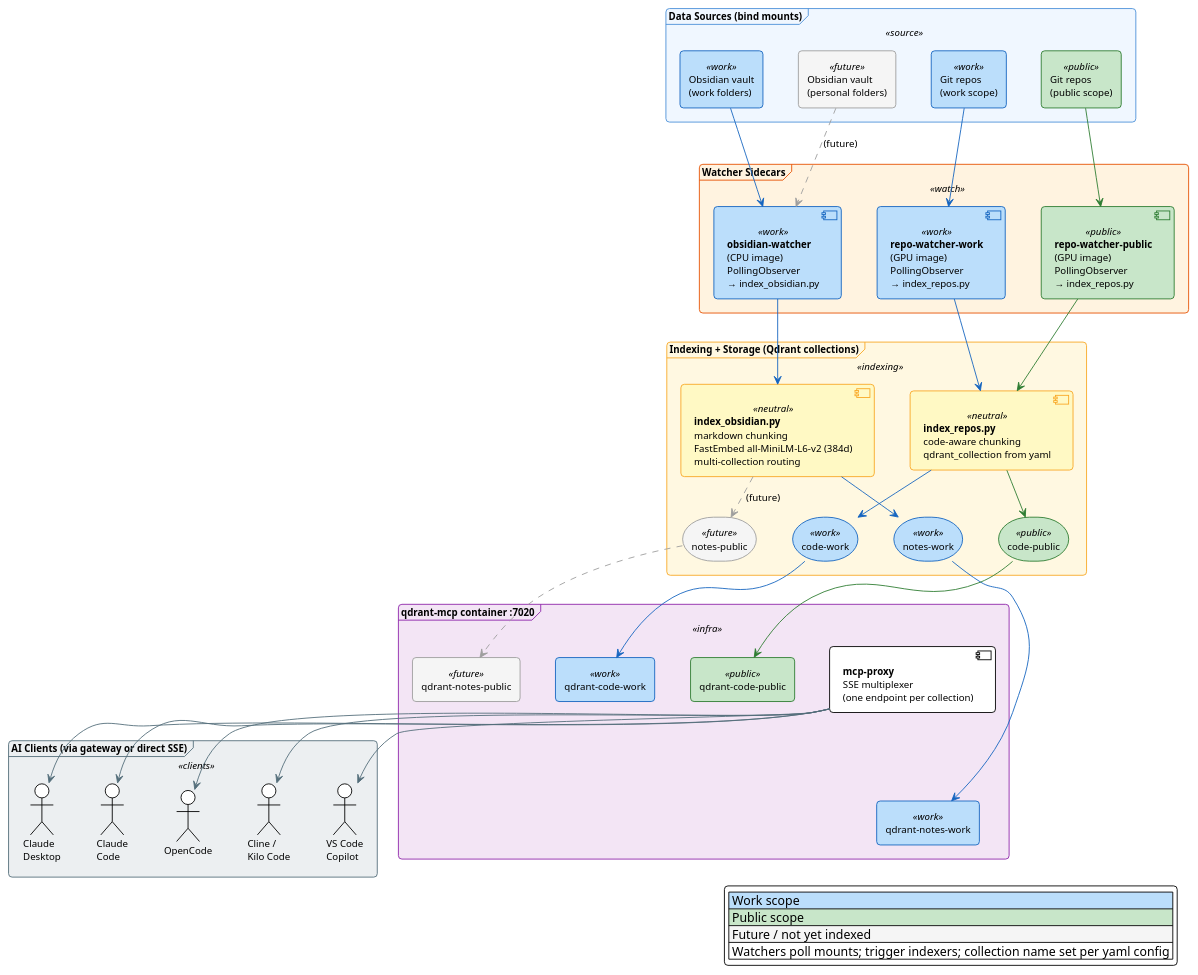
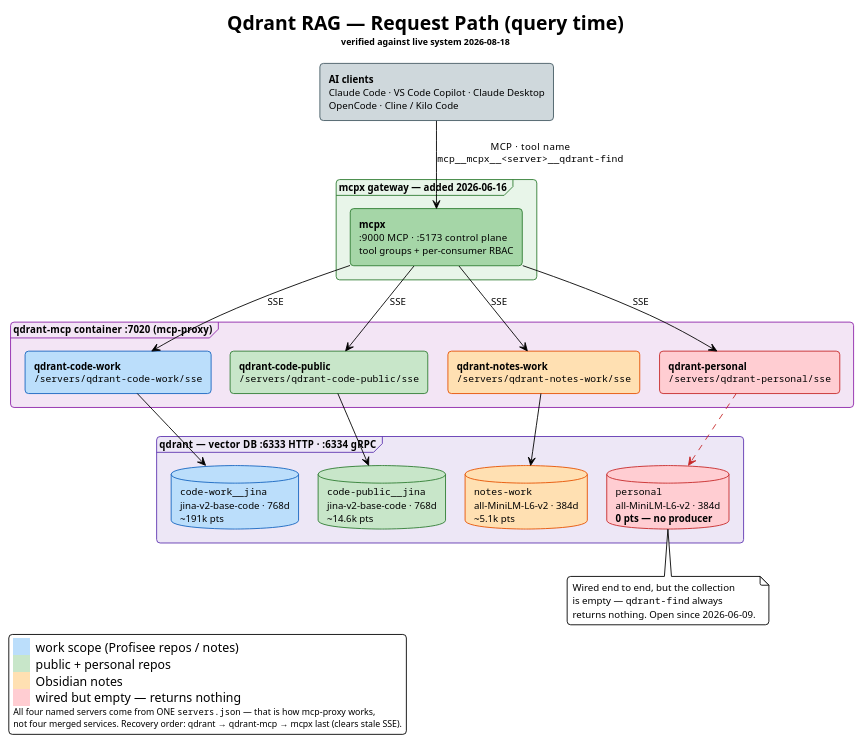
The first of 2 diagrams in mcps/qdrant-mcp/README.md (bobthearsonist/ai-infrastructure), drawn with PlantUML before and after one commit. The commit also changed other lines of this file, not shown here.

````diff
--- a/mcps/qdrant-mcp/README.md
+++ b/mcps/qdrant-mcp/README.md
@@ -7,160 +15,106 @@
 ```plantuml
-@startuml
+@startuml qdrant-request-path
 !theme plain
 skinparam backgroundColor white
 skinparam roundCorner 8
+skinparam defaultFontName "Segoe UI"
 skinparam defaultFontSize 11
-skinparam defaultFontName "Segoe UI"
 skinparam shadowing false
 skinparam packageStyle frame
-skinparam nodesep 40
-skinparam ranksep 30
+skinparam nodesep 22
+skinparam ranksep 42
+hide stereotype
 
-' -- Color palette: scope-based (work / public) + neutral for shared infra --
+title Qdrant RAG — Request Path (query time)\n<size:10>verified against live system 2026-08-18</size>
+
 skinparam package {
-  BackgroundColor<<source>> #F0F7FF
-  BorderColor<<source>> #4A90D9
-  BackgroundColor<<watch>> #FFF3E0
-  BorderColor<<watch>> #E65100
-  BackgroundColor<<indexing>> #FFF8E1
-  BorderColor<<indexing>> #F9A825
-  BackgroundColor<<infra>> #F3E5F5
-  BorderColor<<infra>> #8E24AA
   BackgroundColor<<clients>> #ECEFF1
   BorderColor<<clients>> #546E7A
+  BackgroundColor<<gw>> #E8F5E9
+  BorderColor<<gw>> #2E7D32
+  BackgroundColor<<mcp>> #F3E5F5
+  BorderColor<<mcp>> #8E24AA
+  BackgroundColor<<db>> #EDE7F6
+  BorderColor<<db>> #5E35B1
 }
 
 skinparam rectangle {
+  BackgroundColor<<client>> #CFD8DC
+  BorderColor<<client>> #455A64
+  BackgroundColor<<gwbox>> #A5D6A7
+  BorderColor<<gwbox>> #2E7D32
   BackgroundColor<<work>> #BBDEFB
   BorderColor<<work>> #1565C0
   BackgroundColor<<public>> #C8E6C9
   BorderColor<<public>> #2E7D32
-  BackgroundColor<<future>> #F5F5F5
-  BorderColor<<future>> #9E9E9E
+  BackgroundColor<<notes>> #FFE0B2
+  BorderColor<<notes>> #E65100
+  BackgroundColor<<empty>> #FFCDD2
+  BorderColor<<empty>> #C62828
 }
 
-skinparam storage {
+skinparam database {
   BackgroundColor<<work>> #BBDEFB
   BorderColor<<work>> #1565C0
   BackgroundColor<<public>> #C8E6C9
   BorderColor<<public>> #2E7D32
-  BackgroundColor<<future>> #F5F5F5
-  BorderColor<<future>> #9E9E9E
+  BackgroundColor<<notes>> #FFE0B2
+  BorderColor<<notes>> #E65100
+  BackgroundColor<<empty>> #FFCDD2
+  BorderColor<<empty>> #C62828
 }
 
-skinparam component {
-  BackgroundColor<<work>> #BBDEFB
-  BorderColor<<work>> #1565C0
-  BackgroundColor<<public>> #C8E6C9
-  BorderColor<<public>> #2E7D32
-  BackgroundColor<<neutral>> #FFF9C4
-  BorderColor<<neutral>> #F9A825
+rectangle "**AI clients**\nClaude Code · VS Code Copilot · Claude Desktop\nOpenCode · Cline / Kilo Code" <<client>> as clients
+
+package "mcpx gateway — added 2026-06-16" <<gw>> {
+  rectangle "**mcpx**\n:9000 MCP  ·  :5173 control plane\ntool groups + per-consumer RBAC" <<gwbox>> as mcpx
 }
 
-' ══════════════════════════════════════
-' LAYER 1: DATA SOURCES (filesystem mounts)
-' ══════════════════════════════════════
-package "Data Sources (bind mounts)" <<source>> {
-  rectangle "Obsidian vault\n(work folders)" <<work>> as vault_work
-  rectangle "Obsidian vault\n(personal folders)" <<future>> as vault_public
-  rectangle "Git repos\n(work scope)" <<work>> as repos_work
-  rectangle "Git repos\n(public scope)" <<public>> as repos_public
-  vault_work -[hidden]right- vault_public
-  vault_public -[hidden]right- repos_work
-  repos_work -[hidden]right- repos_public
+package "qdrant-mcp container  :7020  (mcp-proxy)" <<mcp>> {
+  rectangle "**qdrant-code-work**\n""/servers/qdrant-code-work/sse""" <<work>> as s_cw
+  rectangle "**qdrant-code-public**\n""/servers/qdrant-code-public/sse""" <<public>> as s_cp
+  rectangle "**qdrant-notes-work**\n""/servers/qdrant-notes-work/sse""" <<notes>> as s_nw
+  rectangle "**qdrant-personal**\n""/servers/qdrant-personal/sse""" <<empty>> as s_pe
+  s_cw -[hidden]right- s_cp
+  s_cp -[hidden]right- s_nw
+  s_nw -[hidden]right- s_pe
 }
 
-' ══════════════════════════════════════
-' LAYER 2: WATCHER SIDECARS (auto-reindex on change)
-' ══════════════════════════════════════
-package "Watcher Sidecars" <<watch>> {
-  component "**obsidian-watcher**\n(CPU image)\nPollingObserver\n→ index_obsidian.py" <<work>> as w_obs
-  component "**repo-watcher-work**\n(GPU image)\nPollingObserver\n→ index_repos.py" <<work>> as w_repo_work
-  component "**repo-watcher-public**\n(GPU image)\nPollingObserver\n→ index_repos.py" <<public>> as w_repo_public
-  w_obs -[hidden]right- w_repo_work
-  w_repo_work -[hidden]right- w_repo_public
+package "qdrant — vector DB  :6333 HTTP  ·  :6334 gRPC" <<db>> {
+  database """code-work__jina""\njina-v2-base-code · 768d\n~191k pts" <<work>> as c_cw
+  database """code-public__jina""\njina-v2-base-code · 768d\n~14.6k pts" <<public>> as c_cp
+  database """notes-work""\nall-MiniLM-L6-v2 · 384d\n~5.1k pts" <<notes>> as c_nw
+  database """personal""\nall-MiniLM-L6-v2 · 384d\n**0 pts — no producer**" <<empty>> as c_pe
+  c_cw -[hidden]right- c_cp
+  c_cp -[hidden]right- c_nw
+  c_nw -[hidden]right- c_pe
 }
 
-' ══════════════════════════════════════
-' LAYER 3: INDEXERS + COLLECTIONS
-' ══════════════════════════════════════
-package "Indexing + Storage (Qdrant collections)" <<indexing>> {
-  component "**index_obsidian.py**\nmarkdown chunking\nFastEmbed all-MiniLM-L6-v2 (384d)\nmulti-collection routing" <<neutral>> as indexer
-  component "**index_repos.py**\ncode-aware chunking\nqdrant_collection from yaml" <<neutral>> as repo_indexer
-  storage "notes-work" <<work>> as notes_work
-  storage "notes-public" <<future>> as notes_public
-  storage "code-work" <<work>> as code_work
-  storage "code-public" <<public>> as code_public
-  indexer -[hidden]right- repo_indexer
-}
+clients --> mcpx : MCP  ·  tool name\n""mcp__mcpx__<server>__qdrant-find""
+mcpx --> s_cw : SSE
+mcpx --> s_cp : SSE
+mcpx --> s_nw : SSE
+mcpx --> s_pe : SSE
 
-' ══════════════════════════════════════
-' LAYER 4: MCP INFRASTRUCTURE
-' ══════════════════════════════════════
-package "qdrant-mcp container :7020" <<infra>> {
-  component "**mcp-proxy**\nSSE multiplexer\n(one endpoint per collection)" as proxy
-  rectangle "qdrant-notes-work" <<work>> as sse_nw
-  rectangle "qdrant-notes-public" <<future>> as sse_np
-  rectangle "qdrant-code-work" <<work>> as sse_cw
-  rectangle "qdrant-code-public" <<public>> as sse_cp
-  proxy -[hidden]down- sse_nw
-}
+s_cw --> c_cw
+s_cp --> c_cp
+s_nw --> c_nw
+s_pe -[#C62828,dashed]-> c_pe
 
-' ══════════════════════════════════════
-' LAYER 5: AI CLIENTS
-' ══════════════════════════════════════
-package "AI Clients (via gateway or direct SSE)" <<clients>> {
-  actor "VS Code\nCopilot" as copilot
-  actor "Claude\nDesktop" as claude_desktop
-  actor "Claude\nCode" as claude_code
-  actor "OpenCode" as opencode
-  actor "Cline /\nKilo Code" as cline
-  copilot -[hidden]right- claude_desktop
-  claude_desktop -[hidden]right- claude_code
-  claude_code -[hidden]right- opencode
-  opencode -[hidden]right- cline
-}
+note bottom of c_pe
+  Wired end to end, but the collection
+  is empty — ""qdrant-find"" always
+  returns nothing. Open since 2026-06-09.
+end note
 
-' ══════════════════════════════════════
-' CONNECTIONS
-' ══════════════════════════════════════
-
-' Layer 1 → Layer 2 (watchers observe sources)
-vault_work -[#1565C0]down-> w_obs
-vault_public -[#9E9E9E,dashed]down-> w_obs : (future)
-repos_work -[#1565C0]down-> w_repo_work
-repos_public -[#2E7D32]down-> w_repo_public
-
-' Layer 2 → Layer 3 (watchers invoke indexers as subprocess)
-w_obs -[#1565C0]down-> indexer
-w_repo_work -[#1565C0]down-> repo_indexer
-w_repo_public -[#2E7D32]down-> repo_indexer
-
-' Layer 3: indexers → collections (via routing rules / yaml config)
-indexer -[#1565C0]down-> notes_work
-indexer -[#9E9E9E,dashed]down-> notes_public : (future)
-repo_indexer -[#1565C0]down-> code_work
-repo_indexer -[#2E7D32]down-> code_public
-
-' Layer 3 → Layer 4 (collections exposed as named SSE endpoints)
-notes_work -[#1565C0]down-> sse_nw
-notes_public -[#9E9E9E,dashed]down-> sse_np
-code_work -[#1565C0]down-> sse_cw
-code_public -[#2E7D32]down-> sse_cp
-
-' Layer 4 → Layer 5: SSE access (direct or via gateway)
-proxy -[#546E7A]down-> copilot
-proxy -[#546E7A]down-> claude_desktop
-proxy -[#546E7A]down-> claude_code
-proxy -[#546E7A]down-> opencode
-proxy -[#546E7A]down-> cline
-
-legend bottom right
-  |<#BBDEFB> Work scope |
-  |<#C8E6C9> Public scope |
-  |<#F5F5F5> Future / not yet indexed |
-  | Watchers poll mounts; trigger indexers; collection name set per yaml config |
-end legend
+legend bottom left
+  <back:#BBDEFB>     </back>  work scope (Profisee repos / notes)
+  <back:#C8E6C9>     </back>  public + personal repos
+  <back:#FFE0B2>     </back>  Obsidian notes
+  <back:#FFCDD2>     </back>  wired but empty — returns nothing
+  <size:10>All four named servers come from ONE ""servers.json"" — that is how mcp-proxy works,</size>
+  <size:10>not four merged services. Recovery order: qdrant → qdrant-mcp → mcpx last (clears stale SSE).</size>
+endlegend
 
 @enduml
 ```
````
